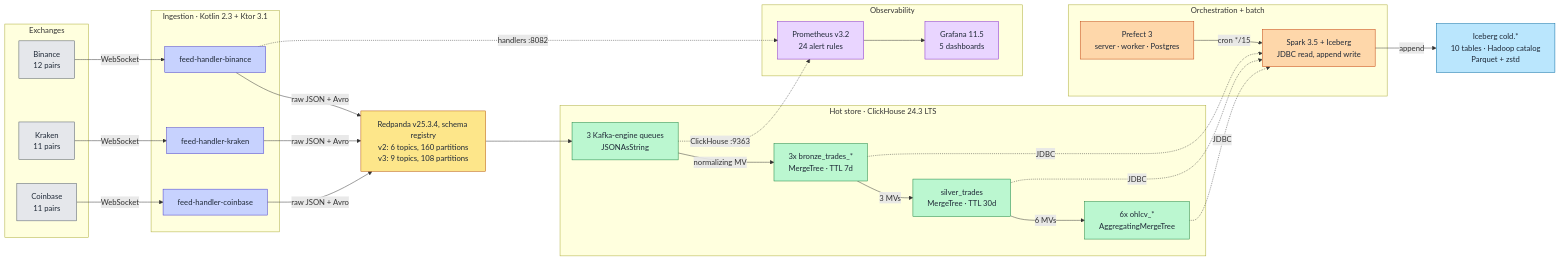
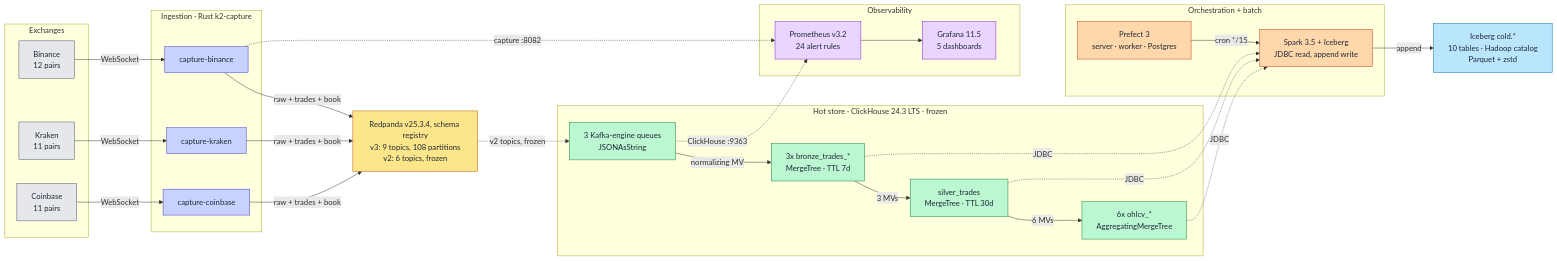
The first of 4 diagrams in docs/architecture/README.md (rjdscott/k2-market-data-platform), drawn with Mermaid before and after one commit. The commit also changed other lines of this file and 2 other files, not shown here.

````diff
--- a/docs/architecture/README.md
+++ b/docs/architecture/README.md
@@ -11,70 +13,70 @@
 ```mermaid
 flowchart LR
     subgraph EX["Exchanges"]
         BIN["Binance<br/>12 pairs"]
         KRK["Kraken<br/>11 pairs"]
         CBS["Coinbase<br/>11 pairs"]
     end
 
-    subgraph FH["Ingestion · Kotlin 2.3 + Ktor 3.1"]
-        FHB["feed-handler-binance"]
-        FHK["feed-handler-kraken"]
-        FHC["feed-handler-coinbase"]
+    subgraph FH["Ingestion · Rust k2-capture"]
+        FHB["capture-binance"]
+        FHK["capture-kraken"]
+        FHC["capture-coinbase"]
     end
 
-    RP["Redpanda v25.3.4, schema registry<br/>v2: 6 topics, 160 partitions<br/>v3: 9 topics, 108 partitions"]
+    RP["Redpanda v25.3.4, schema registry<br/>v3: 9 topics, 108 partitions<br/>v2: 6 topics, frozen"]
 
-    subgraph CH["Hot store · ClickHouse 24.3 LTS"]
+    subgraph CH["Hot store · ClickHouse 24.3 LTS · frozen"]
         Q["3 Kafka-engine queues<br/>JSONAsString"]
         BR["3x bronze_trades_*<br/>MergeTree · TTL 7d"]
         SI["silver_trades<br/>MergeTree · TTL 30d"]
         GO["6x ohlcv_*<br/>AggregatingMergeTree"]
     end
 
     subgraph BATCH["Orchestration + batch"]
         PF["Prefect 3<br/>server · worker · Postgres"]
         SP["Spark 3.5 + Iceberg<br/>JDBC read, append write"]
     end
 
     ICE["Iceberg cold.*<br/>10 tables · Hadoop catalog<br/>Parquet + zstd"]
 
     subgraph OBS["Observability"]
         PR["Prometheus v3.2<br/>24 alert rules"]
         GR["Grafana 11.5<br/>5 dashboards"]
     end
 
     BIN -->|WebSocket| FHB
     KRK -->|WebSocket| FHK
     CBS -->|WebSocket| FHC
-    FHB -->|"raw JSON + Avro"| RP
-    FHK -->|"raw JSON + Avro"| RP
-    FHC -->|"raw JSON + Avro"| RP
-    RP --> Q
+    FHB -->|"raw + trades + book"| RP
+    FHK -->|"raw + trades + book"| RP
+    FHC -->|"raw + trades + book"| RP
+    RP -.->|"v2 topics, frozen"| Q
     Q -->|normalizing MV| BR
     BR -->|"3 MVs"| SI
     SI -->|"6 MVs"| GO
     PF -->|"cron */15"| SP
     BR -.->|JDBC| SP
     SI -.->|JDBC| SP
     GO -.->|JDBC| SP
     SP -->|append| ICE
-    FHB -.->|"handlers :8082"| PR
+    FHB -.->|"capture :8082"| PR
     Q -.->|"ClickHouse :9363"| PR
     PR --> GR
 
     classDef exchange fill:#e5e7eb,stroke:#4b5563,color:#1f2937
-    classDef kotlin fill:#c7d2fe,stroke:#4338ca,color:#1f2937
+    classDef rust fill:#c7d2fe,stroke:#4338ca,color:#1f2937
     classDef stream fill:#fde68a,stroke:#b45309,color:#1f2937
     classDef ch fill:#bbf7d0,stroke:#15803d,color:#1f2937
     classDef batch fill:#fed7aa,stroke:#c2410c,color:#1f2937
     classDef storage fill:#bae6fd,stroke:#0369a1,color:#1f2937
     classDef obs fill:#e9d5ff,stroke:#7e22ce,color:#1f2937
 
     class BIN,KRK,CBS exchange
-    class FHB,FHK,FHC kotlin
+    class FHB,FHK,FHC rust
     class RP stream
     class Q,BR,SI,GO ch
     class PF,SP batch
     class ICE storage
     class PR,GR obs
 ```
````
